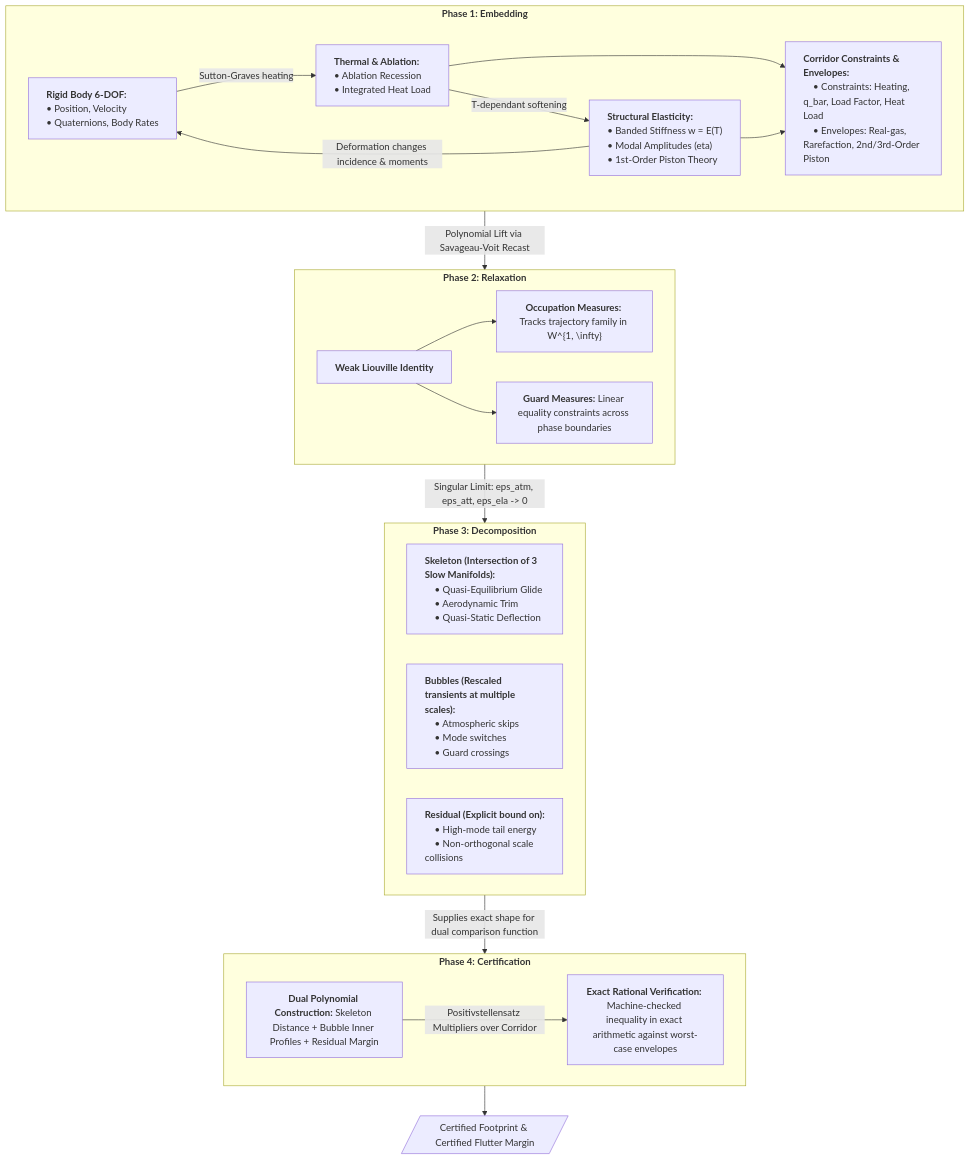
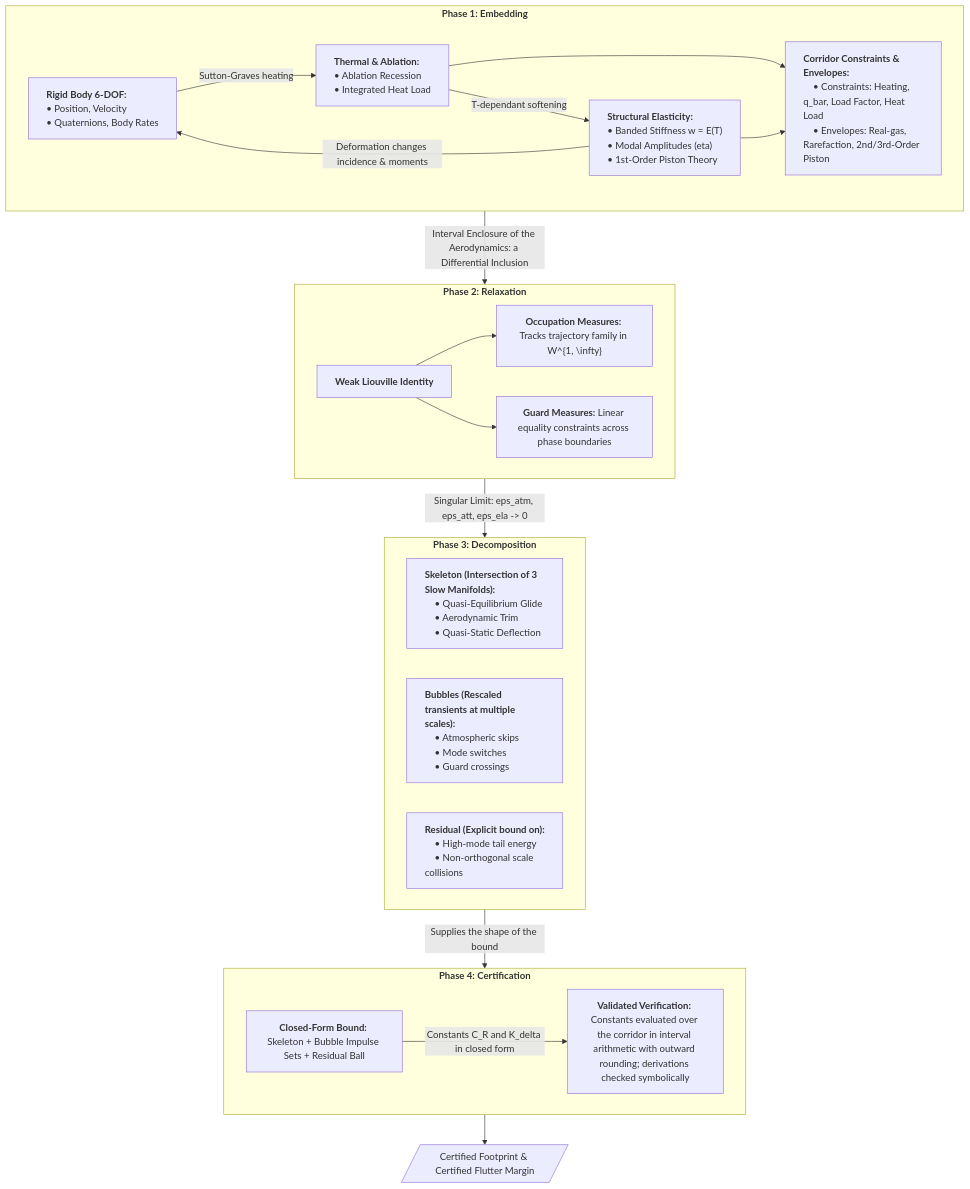
One commit to ethank5149/aether changed the diagram in README.md. Above: the diagram before and after it, drawn with Mermaid. The commit also changed other lines of this file and 25 other files, not shown here.

First line of the commit message:
feat(symbolic): implement symbolic derivation verification and rotating field certification

````diff
--- a/README.md
+++ b/README.md
@@ -8,66 +8,66 @@
 ```mermaid
 flowchart TD
     subgraph phase1_embedding ["<b>Phase 1: Embedding</b>"]
     direction LR
 
     rigid_body_6-dof["<b>Rigid Body 6-DOF:</b>
     • Position, Velocity
     • Quaternions, Body Rates"]
     style rigid_body_6-dof text-align:left
     thermal_ablation["<b>Thermal & Ablation:</b>
     • Ablation Recession
     • Integrated Heat Load"]
     style thermal_ablation text-align:left
     corridor_constraints_envelopes["<b>Corridor Constraints & Envelopes:</b>
     • Constraints: Heating, q_bar, Load Factor, Heat Load
     • Envelopes: Real-gas, Rarefaction, 2nd/3rd-Order Piston"]
     style corridor_constraints_envelopes text-align:left
     structural_elasticity["<b>Structural Elasticity:</b>
     • Banded Stiffness w = E(T)
     • Modal Amplitudes (eta)
     • 1st-Order Piston Theory"]
     style structural_elasticity text-align:left
     rigid_body_6-dof-- "Sutton-Graves heating" -->thermal_ablation
     thermal_ablation-- "T-dependant softening" -->structural_elasticity
     structural_elasticity-- "Deformation changes incidence & moments" -->rigid_body_6-dof
     thermal_ablation & structural_elasticity-->corridor_constraints_envelopes
     end
 
     subgraph phase2_relaxation ["<b>Phase 2: Relaxation</b>"]
     direction LR
     weak_liouville_identity["<b>Weak Liouville Identity</b>"]
     occupation_measures["<b>Occupation Measures:</b> Tracks trajectory family in W^{1, \infty}"]
     guard_measures[<b>Guard Measures:</b> Linear equality constraints across phase boundaries]
     weak_liouville_identity-->occupation_measures & guard_measures
     end
 
     subgraph phase3_decomposition ["<b>Phase 3: Decomposition</b>"]
     direction LR
     skeleton["<b>Skeleton (Intersection of 3 Slow Manifolds):</b>
     • Quasi-Equilibrium Glide
     • Aerodynamic Trim
     • Quasi-Static Deflection"]
     style skeleton text-align:left
     bubbles["<b>Bubbles (Rescaled transients at multiple scales):</b>
     • Atmospheric skips
     • Mode switches
     • Guard crossings"]
     style bubbles text-align:left
     residual["<b>Residual (Explicit bound on):</b>
     • High-mode tail energy
     • Non-orthogonal scale collisions"]
     style residual text-align:left
     end
 
     subgraph phase4_certification ["<b>Phase 4: Certification</b>"]
     direction LR
-    dual_polynomial_construction["<b>Dual Polynomial Construction:</b> Skeleton Distance + Bubble Inner Profiles + Residual Margin"]
-    exact_rational_verification["<b>Exact Rational Verification:</b> Machine-checked inequality in exact arithmetic against worst-case envelopes"]
-    dual_polynomial_construction-- "Positivstellensatz Multipliers over Corridor" -->exact_rational_verification
+    closed_form_bound["<b>Closed-Form Bound:</b> Skeleton + Bubble Impulse Sets + Residual Ball"]
+    validated_verification["<b>Validated Verification:</b> Constants evaluated over the corridor in interval arithmetic with outward rounding; derivations checked symbolically"]
+    closed_form_bound-- "Constants C_R and K_delta in closed form" -->validated_verification
     end
 
-   phase1_embedding-- "Polynomial Lift via Savageau-Voit Recast" -->phase2_relaxation
+   phase1_embedding-- "Interval Enclosure of the Aerodynamics: a Differential Inclusion" -->phase2_relaxation
    phase2_relaxation-- "Singular Limit: eps_atm, eps_att, eps_ela -> 0" -->phase3_decomposition
-   phase3_decomposition-- "Supplies exact shape for dual comparison function" -->phase4_certification
+   phase3_decomposition-- "Supplies the shape of the bound" -->phase4_certification
    phase4_certification-->A@{ shape: lean-r, label: "Certified Footprint & Certified Flutter Margin" }
 ```
````
